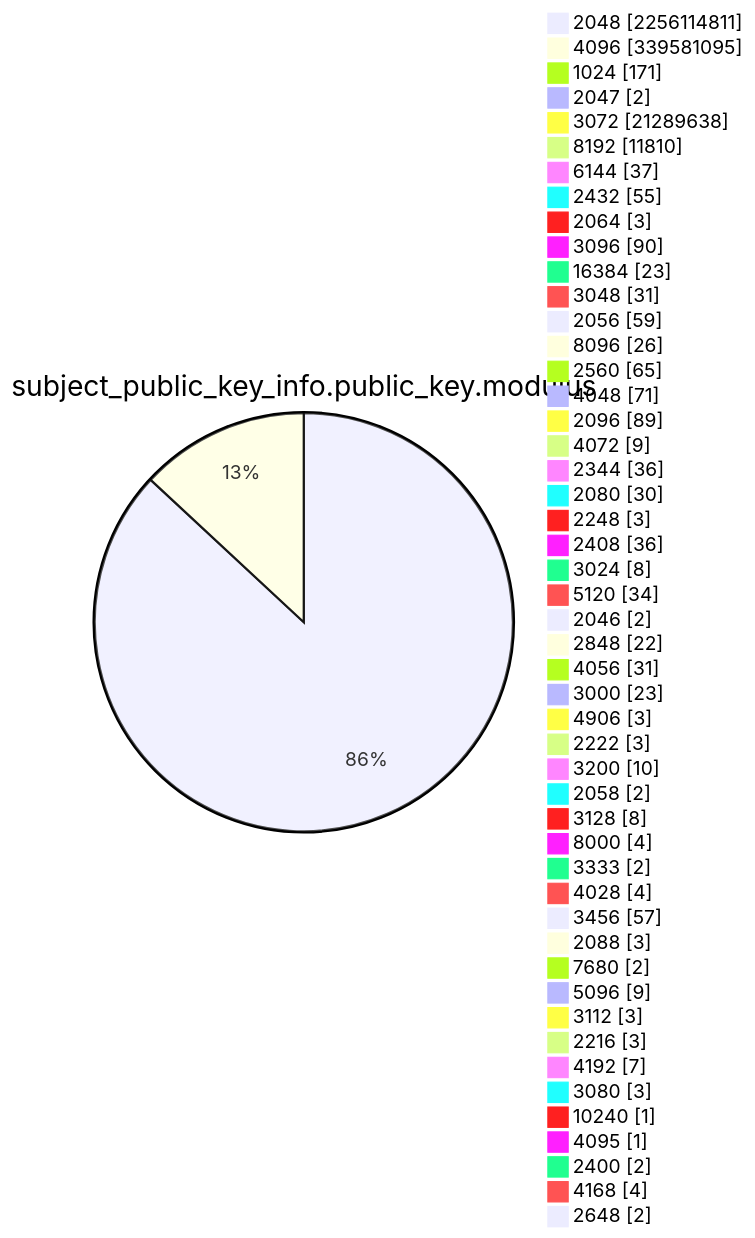
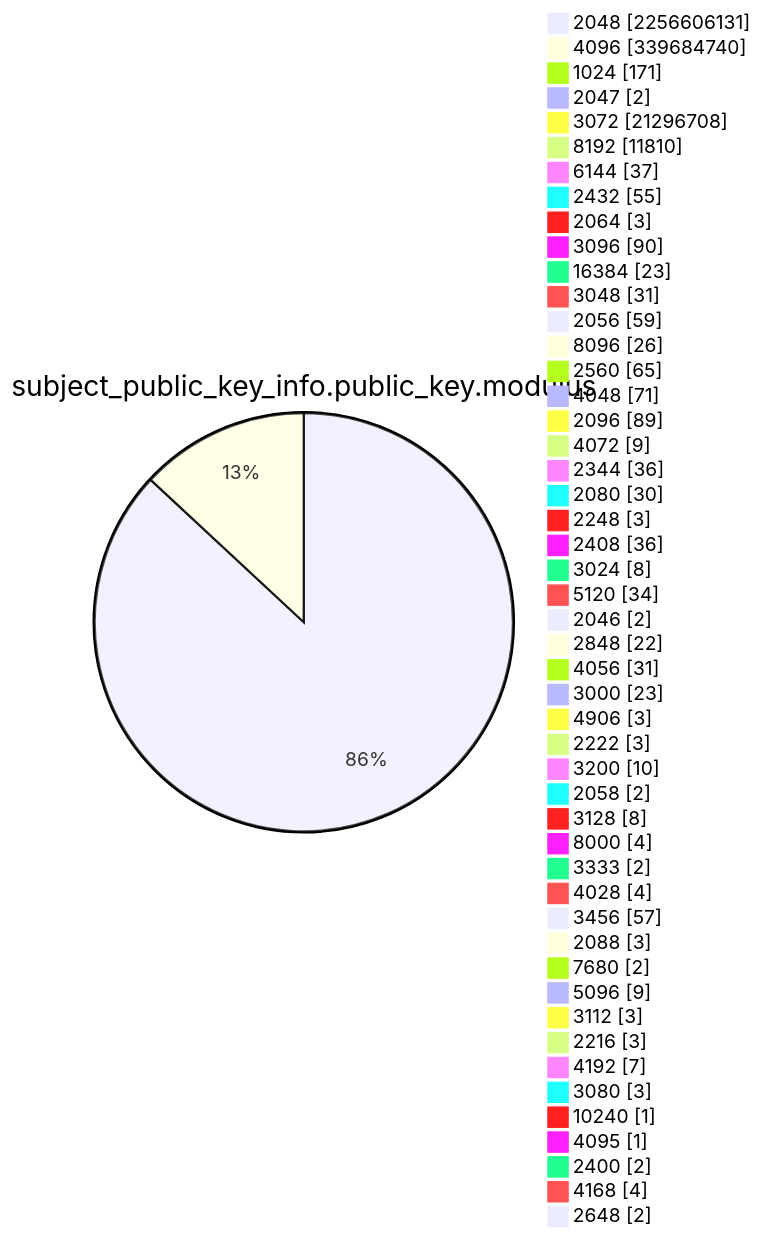
Before and after one commit to christiankrug/ctmonitor_visualization: diagram 13 of 15 in TOTAL/README.md, drawn with Mermaid. The commit also changed other lines of this file, not shown here.

````diff
--- a/TOTAL/README.md
+++ b/TOTAL/README.md
@@ -4166,53 +4166,53 @@
 ```mermaid
 pie showData
 title subject_public_key_info.public_key.modulus
-"2048" :2256114811
-"4096" :339581095
+"2048" :2256606131
+"4096" :339684740
 "1024" :171
 "2047" :2
-"3072" :21289638
+"3072" :21296708
 "8192" :11810
 "6144" :37
 "2432" :55
 "2064" :3
 "3096" :90
 "16384" :23
 "3048" :31
 "2056" :59
 "8096" :26
 "2560" :65
 "4048" :71
 "2096" :89
 "4072" :9
 "2344" :36
 "2080" :30
 "2248" :3
 "2408" :36
 "3024" :8
 "5120" :34
 "2046" :2
 "2848" :22
 "4056" :31
 "3000" :23
 "4906" :3
 "2222" :3
 "3200" :10
 "2058" :2
 "3128" :8
 "8000" :4
 "3333" :2
 "4028" :4
 "3456" :57
 "2088" :3
 "7680" :2
 "5096" :9
 "3112" :3
 "2216" :3
 "4192" :7
 "3080" :3
 "10240" :1
 "4095" :1
 "2400" :2
 "4168" :4
 "2648" :2
 ```
````
